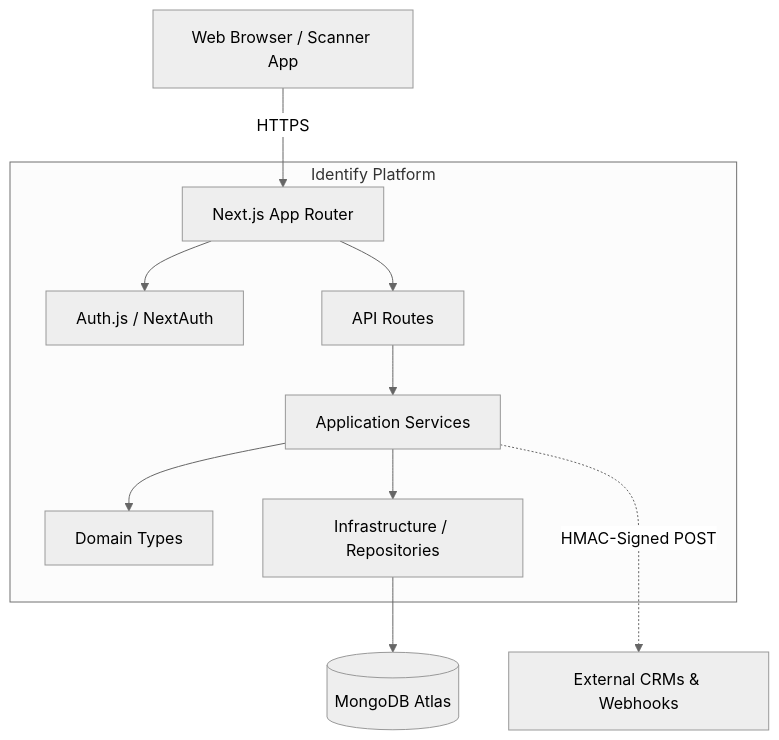
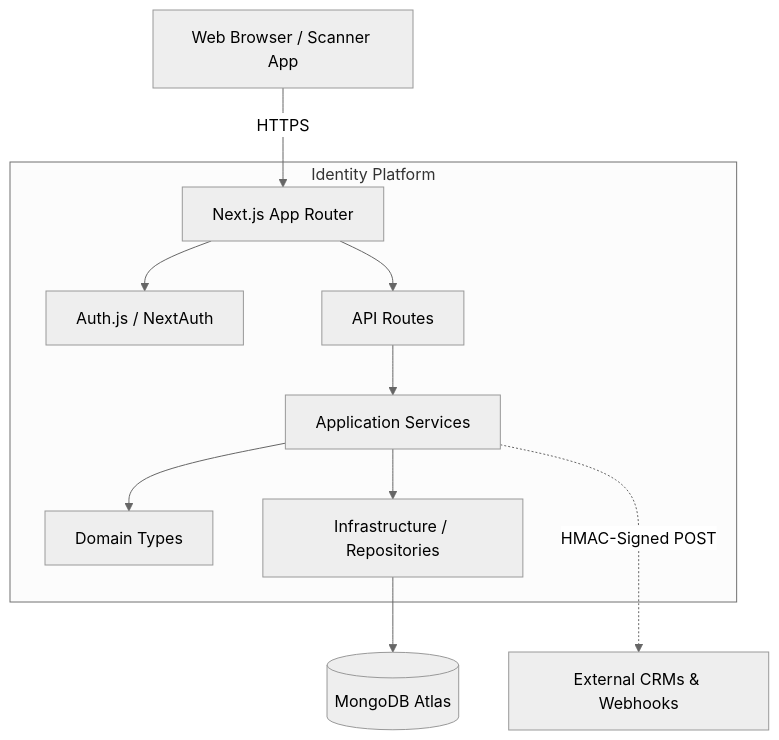
Before and after one commit to ANUPAM4545/Qr-code-identify: the diagram in README.md, drawn with Mermaid (neutral theme). The commit also changed other lines of this file and 54 other files, not shown here.

````diff
--- a/README.md
+++ b/README.md
@@ -68,15 +68,15 @@
 ```mermaid
 graph TD
     Client[Web Browser / Scanner App] -->|HTTPS| Next[Next.js App Router]
 
-    subgraph Identify Platform
+    subgraph Identity Platform
         Next --> Auth[Auth.js / NextAuth]
         Next --> API[API Routes]
         API --> AppLayer[Application Services]
         AppLayer --> Domain[Domain Types]
         AppLayer --> Infra[Infrastructure / Repositories]
     end
 
     Infra --> DB[(MongoDB Atlas)]
     AppLayer -..->|HMAC-Signed POST| External[External CRMs & Webhooks]
 ```
````
